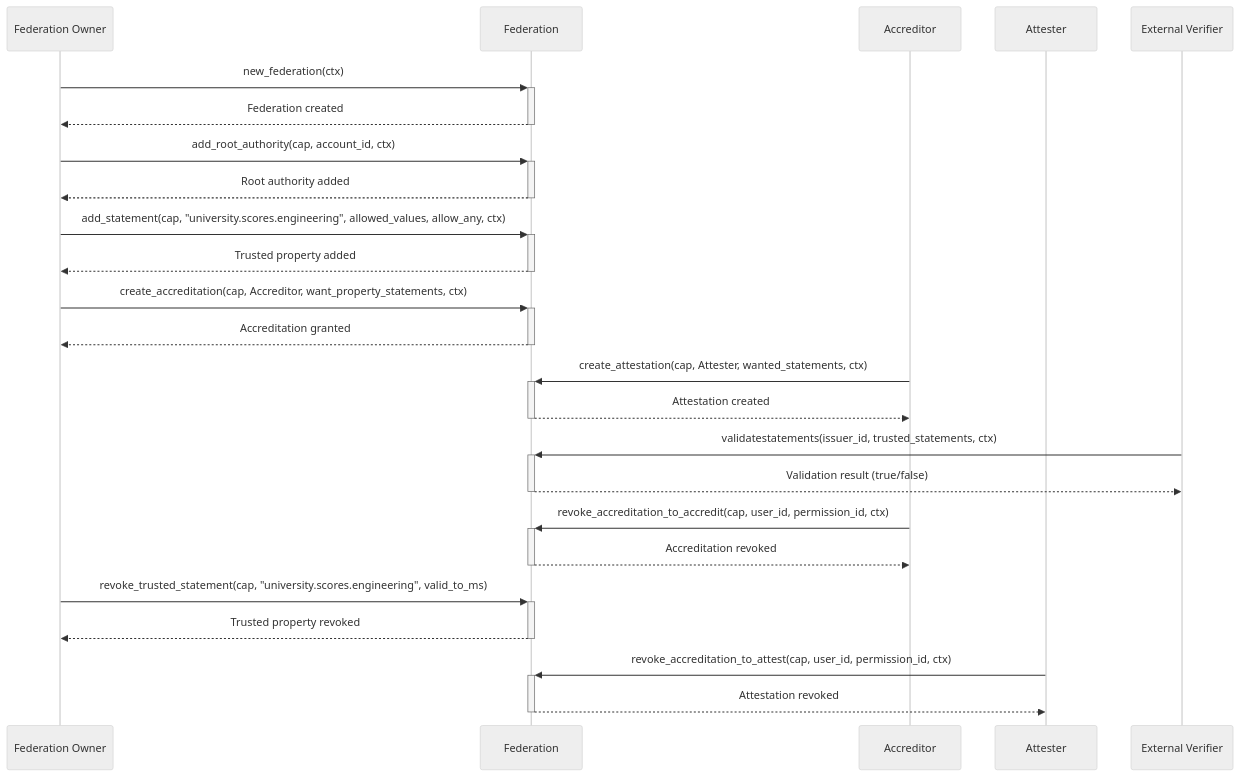
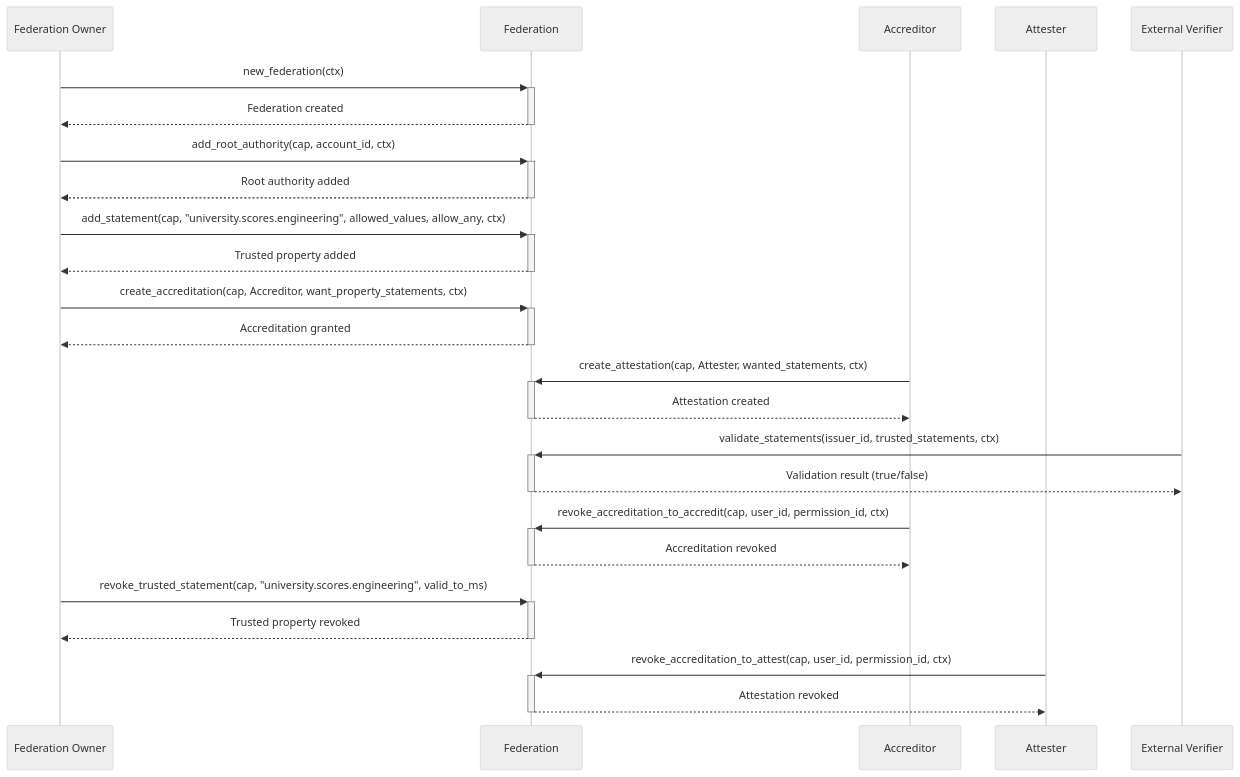
The third of 3 diagrams in README.md (iotaledger/hierarchies), drawn with Mermaid (neutral theme) before and after one commit. The commit also changed other lines of this file and 22 other files, not shown here.

````diff
--- a/README.md
+++ b/README.md
@@ -259,35 +259,35 @@
 ```mermaid
 sequenceDiagram
     participant FederationOwner as Federation Owner
     participant Federation
     participant Accreditor
     participant Attester
     participant Verifier as External Verifier
 
     FederationOwner->>+Federation: new_federation(ctx)
     Federation-->>-FederationOwner: Federation created
 
     FederationOwner->>+Federation: add_root_authority(cap, account_id, ctx)
     Federation-->>-FederationOwner: Root authority added
 
     FederationOwner->>+Federation: add_statement(cap, "university.scores.engineering", allowed_values, allow_any, ctx)
     Federation-->>-FederationOwner: Trusted property added
 
     FederationOwner->>+Federation: create_accreditation(cap, Accreditor, want_property_statements, ctx)
     Federation-->>-FederationOwner: Accreditation granted
 
     Accreditor->>+Federation: create_attestation(cap, Attester, wanted_statements, ctx)
     Federation-->>-Accreditor: Attestation created
 
-    Verifier->>+Federation: validatestatements(issuer_id, trusted_statements, ctx)
+    Verifier->>+Federation: validate_statements(issuer_id, trusted_statements, ctx)
     Federation-->>-Verifier: Validation result (true/false)
 
     Accreditor->>+Federation: revoke_accreditation_to_accredit(cap, user_id, permission_id, ctx)
     Federation-->>-Accreditor: Accreditation revoked
 
     FederationOwner->>+Federation: revoke_trusted_statement(cap, "university.scores.engineering", valid_to_ms)
     Federation-->>-FederationOwner: Trusted property revoked
 
     Attester->>+Federation: revoke_accreditation_to_attest(cap, user_id, permission_id, ctx)
     Federation-->>-Attester: Attestation revoked
 ```
````
